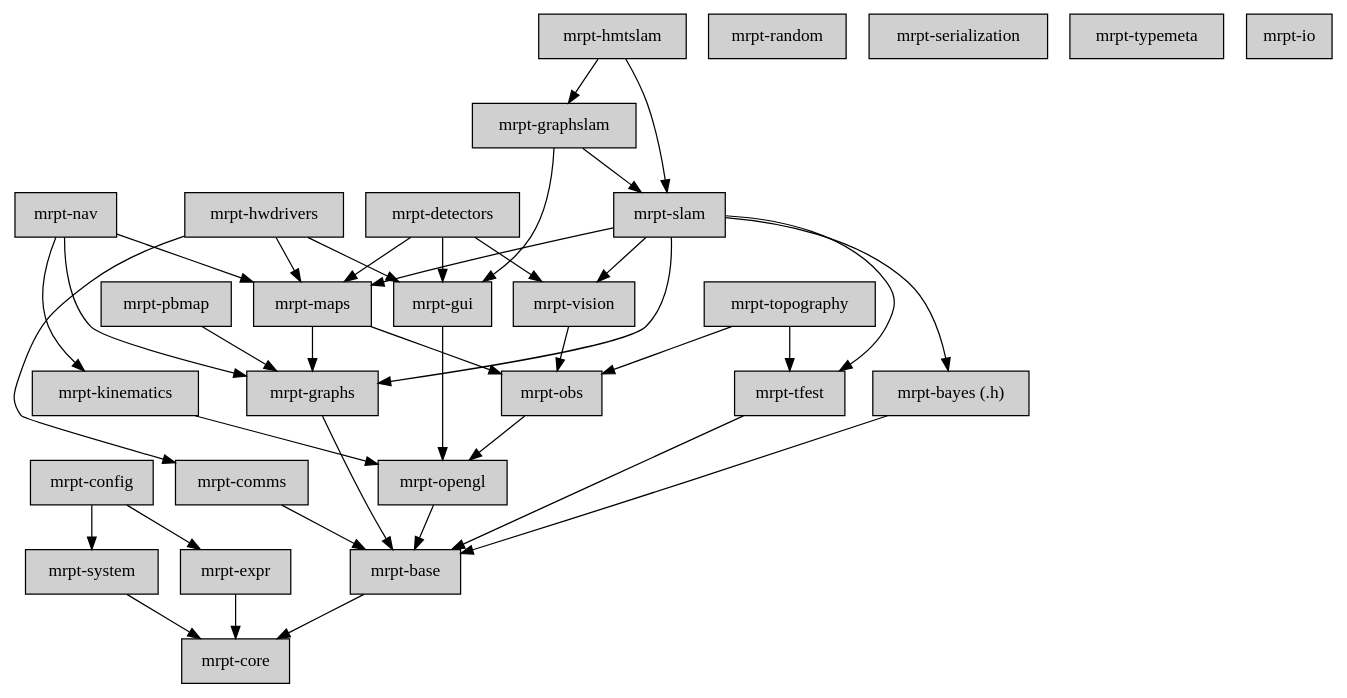
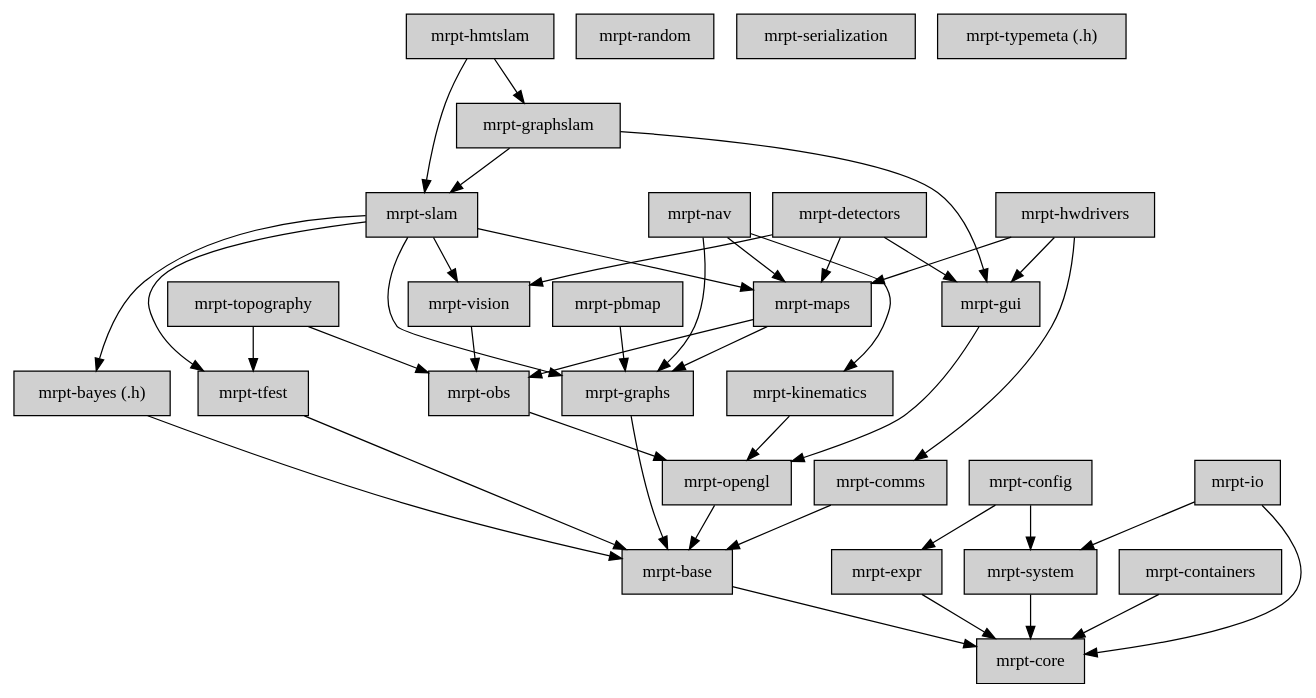
Before and after one commit to MRPT/mrpt: the diagram in doc/design_of_images/graph_mrpt_libs.dot, drawn with Graphviz.

Commit message:
graph dot file sorted

```diff
--- a/doc/design_of_images/graph_mrpt_libs.dot
+++ b/doc/design_of_images/graph_mrpt_libs.dot
@@ -1,96 +1,100 @@
 digraph MRPT_LIBS {
 
 	node [shape=box,style=filled, fillcolor="#D0D0D0"];
 
+	base  [label="mrpt-base",URL="group__mrpt__base__grp.html"];
+	base -> core;
+	
+	bayes [label="mrpt-bayes (.h)",URL="group__mrpt__bayes__grp.html"];
+	bayes -> base;
+	
+	comms [label="mrpt-comms",URL="group__mrpt__comms__grp.html"];
+	comms -> base;
+	
+	config   [label="mrpt-config",URL="group__mrpt__config__grp.html"];
+	config -> expr;
+	config -> system;
+	
+	containers  [label="mrpt-containers",URL="group__mrpt__containers__grp.html"];
+	containers -> core;
+	
 	core       [label="mrpt-core",URL="group__mrpt__core__grp.html"];
+	
+	detectors  [label="mrpt-detectors",URL="group__mrpt__detectors__grp.html"];
+	detectors -> gui;
+	detectors -> maps;
+	detectors -> vision;
 	
 	expr       [label="mrpt-expr",URL="group__mrpt__expr__grp.html"];
 	expr -> core;
-
+	
+	graphs     [label="mrpt-graphs",URL="group__mrpt__graphs__grp.html"];
+	graphs -> base;
+	
+	graphslam  [label="mrpt-graphslam",URL="group__mrpt__graphslam__grp.html"];
+	graphslam -> gui;
+	graphslam -> slam;
+	
+	gui        [label="mrpt-gui",URL="group__mrpt__gui__grp.html"];
+	gui -> opengl;
+	
+	hmtslam    [label="mrpt-hmtslam",URL="group__mrpt__hmtslam__grp.html"];
+	hmtslam -> graphslam;
+	hmtslam -> slam;
+	
+	hwdrivers  [label="mrpt-hwdrivers",URL="group__mrpt__hwdrivers__grp.html"];
+	hwdrivers -> comms;
+	hwdrivers -> gui;
+	hwdrivers -> maps;
+	
+	io [label="mrpt-io",URL="group__mrpt__io__grp.html"];
+	io  -> core;
+	io  -> system;
+	
+	kinematics -> opengl;
+	kinematics [label="mrpt-kinematics",URL="group__mrpt__kinematics__grp.html"];
+	
+	maps       [label="mrpt-maps",URL="group__mrpt__maps__grp.html"];
+	maps -> graphs;
+	maps -> obs;
+	
+	nav        [label="mrpt-nav",URL="group__mrpt__nav__grp.html"];
+	nav -> graphs;
+	nav -> kinematics;
+	nav -> maps;
+	
+	obs        [label="mrpt-obs",URL="group__mrpt__obs__grp.html"];
+	obs -> opengl;
+	
+	opengl     [label="mrpt-opengl", URL="group__mrpt__opengl__grp.html"];
+	opengl -> base;
+	
+	pbmap      [label="mrpt-pbmap",URL="group__mrpt__pbmap__grp.html"];
+	pbmap -> graphs;
+	
 	random     [label="mrpt-random",URL="group__mrpt__random__grp.html"];
-
+	
 	serialization [label="mrpt-serialization",URL="group__mrpt__serialization__grp.html"];
 	
-	typemeta [label="mrpt-typemeta",URL="group__mrpt__typemeta__grp.html"];
-
-	io [label="mrpt-io",URL="group__mrpt__io__grp.html"];
+	slam       [label="mrpt-slam",URL="group__mrpt__slam__grp.html"];
+	slam -> bayes;
+	slam -> graphs;
+	slam -> maps;
+	slam -> tfest;
+	slam -> vision;
 	
 	system     [label="mrpt-system",URL="group__mrpt__system__grp.html"];
 	system -> core;
 	
-	config     [label="mrpt-config",URL="group__mrpt__config__grp.html"];
-	config -> expr;
-	config -> system;
+	tfest      [label="mrpt-tfest",URL="group__mrpt__tfest__grp.html"];
+	tfest -> base;
 	
-	base       [label="mrpt-base",URL="group__mrpt__base__grp.html"];
-	base -> core;
-	
-	comms      [label="mrpt-comms",URL="group__mrpt__comms__grp.html"];
-	comms -> base;
-	
-	graphs     [label="mrpt-graphs",URL="group__mrpt__graphs__grp.html"];
-	graphs -> base;
-	
-	bayes      [label="mrpt-bayes (.h)",URL="group__mrpt__bayes__grp.html"];
-	bayes -> base;
-
-	opengl     [label="mrpt-opengl", URL="group__mrpt__opengl__grp.html"];
-	opengl -> base;
-
-	gui        [label="mrpt-gui",URL="group__mrpt__gui__grp.html"];
-	gui -> opengl;
-
-	obs        [label="mrpt-obs",URL="group__mrpt__obs__grp.html"];
-	obs -> opengl;
-
-	hwdrivers  [label="mrpt-hwdrivers",URL="group__mrpt__hwdrivers__grp.html"];
-	hwdrivers -> gui;
-	hwdrivers -> maps;
-	hwdrivers -> comms;
-
-	topography [label="mrpt-topography",URL="group__mrpt__topography__grp.html"];
 	topography -> obs;
 	topography -> tfest;
-
-	maps       [label="mrpt-maps",URL="group__mrpt__maps__grp.html"];
-	maps -> obs;
-	maps -> graphs;
-
+	topography [label="mrpt-topography",URL="group__mrpt__topography__grp.html"];
+	
+	typemeta [label="mrpt-typemeta (.h)",URL="group__mrpt__typemeta__grp.html"];
+	
 	vision     [label="mrpt-vision",URL="group__mrpt__vision__grp.html"];
 	vision -> obs;
-
-	tfest      [label="mrpt-tfest",URL="group__mrpt__tfest__grp.html"];
-	tfest -> base;
-
-	slam       [label="mrpt-slam",URL="group__mrpt__slam__grp.html"];
-	slam -> maps;
-	slam -> vision;
-	slam -> tfest;
-	slam -> bayes;
-	slam -> graphs;
-
-	graphslam  [label="mrpt-graphslam",URL="group__mrpt__graphslam__grp.html"];
-	graphslam -> slam;
-	graphslam -> gui;
-
-	hmtslam    [label="mrpt-hmtslam",URL="group__mrpt__hmtslam__grp.html"];
-	hmtslam -> slam;
-	hmtslam -> graphslam;
-
-	nav        [label="mrpt-nav",URL="group__mrpt__nav__grp.html"];
-	nav -> maps;
-	nav -> graphs;
-	nav -> kinematics;
-
-	detectors  [label="mrpt-detectors",URL="group__mrpt__detectors__grp.html"];
-	detectors -> vision;
-	detectors -> maps;
-	detectors -> gui;
-
-	kinematics [label="mrpt-kinematics",URL="group__mrpt__kinematics__grp.html"];
-	kinematics -> opengl;
-
-	pbmap      [label="mrpt-pbmap",URL="group__mrpt__pbmap__grp.html"];
-	pbmap -> graphs;
-
 }
```
